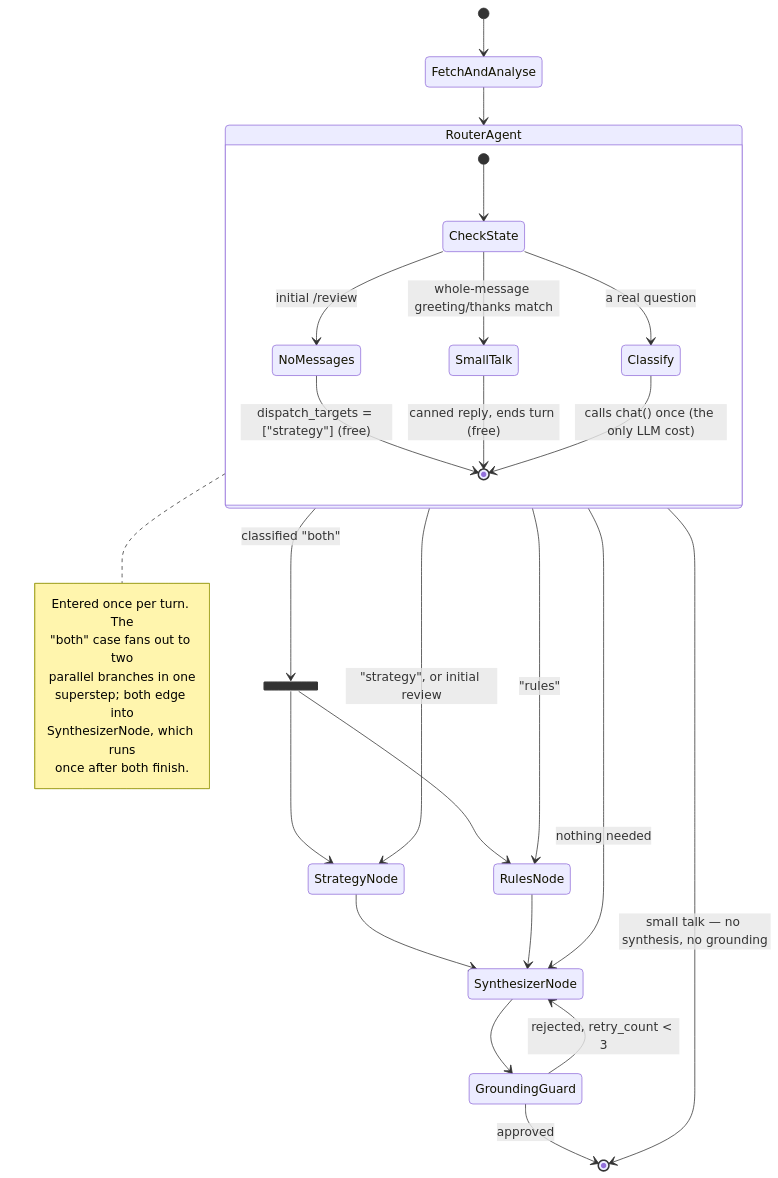
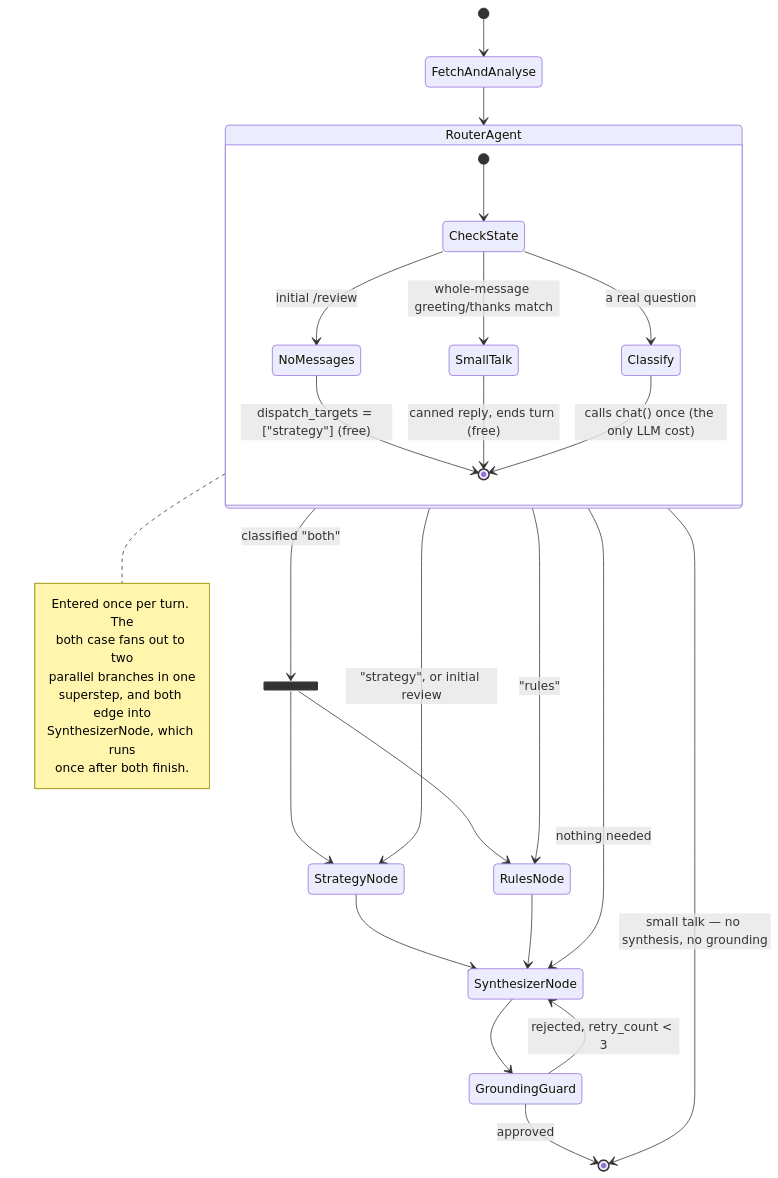
One commit to rakeshnetdev/AIEC01_CERT_CHLG_GRANDMATE changed the third of 7 diagrams in docs/ARCHITECTURE.md. Above: the diagram before and after it, drawn with Mermaid. The commit also changed other lines of this file and 1 other file, not shown here.

First line of the commit message:
docs: fix mermaid parse error and update the stale sequence diagrams

````diff
--- a/docs/ARCHITECTURE.md
+++ b/docs/ARCHITECTURE.md
@@ -131,42 +131,42 @@
 ```mermaid
 stateDiagram-v2
     [*] --> FetchAndAnalyse
     FetchAndAnalyse --> RouterAgent
 
     state RouterAgent {
         [*] --> CheckState
         CheckState --> NoMessages: initial /review
         CheckState --> SmallTalk: whole-message greeting/thanks match
         CheckState --> Classify: a real question
 
         NoMessages --> [*]: dispatch_targets = ["strategy"] (free)
         SmallTalk --> [*]: canned reply, ends turn (free)
         Classify --> [*]: calls chat() once (the only LLM cost)
     }
 
     RouterAgent --> [*]: small talk — no synthesis, no grounding
     RouterAgent --> StrategyNode: "strategy", or initial review
     RouterAgent --> RulesNode: "rules"
     RouterAgent --> SynthesizerNode: nothing needed
 
     state Both <<fork>>
     RouterAgent --> Both: classified "both"
     Both --> StrategyNode
     Both --> RulesNode
 
     StrategyNode --> SynthesizerNode
     RulesNode --> SynthesizerNode
 
     SynthesizerNode --> GroundingGuard
     GroundingGuard --> [*]: approved
     GroundingGuard --> SynthesizerNode: rejected, retry_count < 3
 
     note right of RouterAgent
         Entered once per turn. The
-        "both" case fans out to two
+        both case fans out to two
         parallel branches in one
-        superstep; both edge into
+        superstep, and both edge into
         SynthesizerNode, which runs
         once after both finish.
     end note
 ```
````
